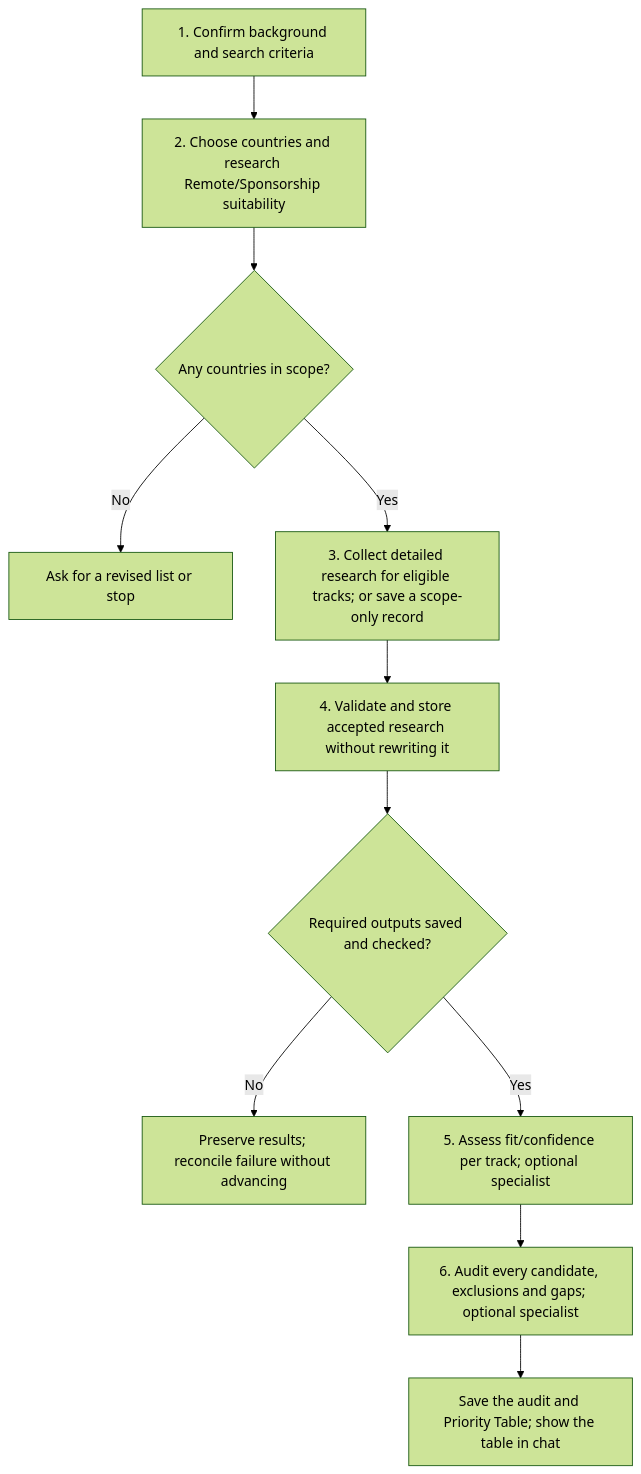
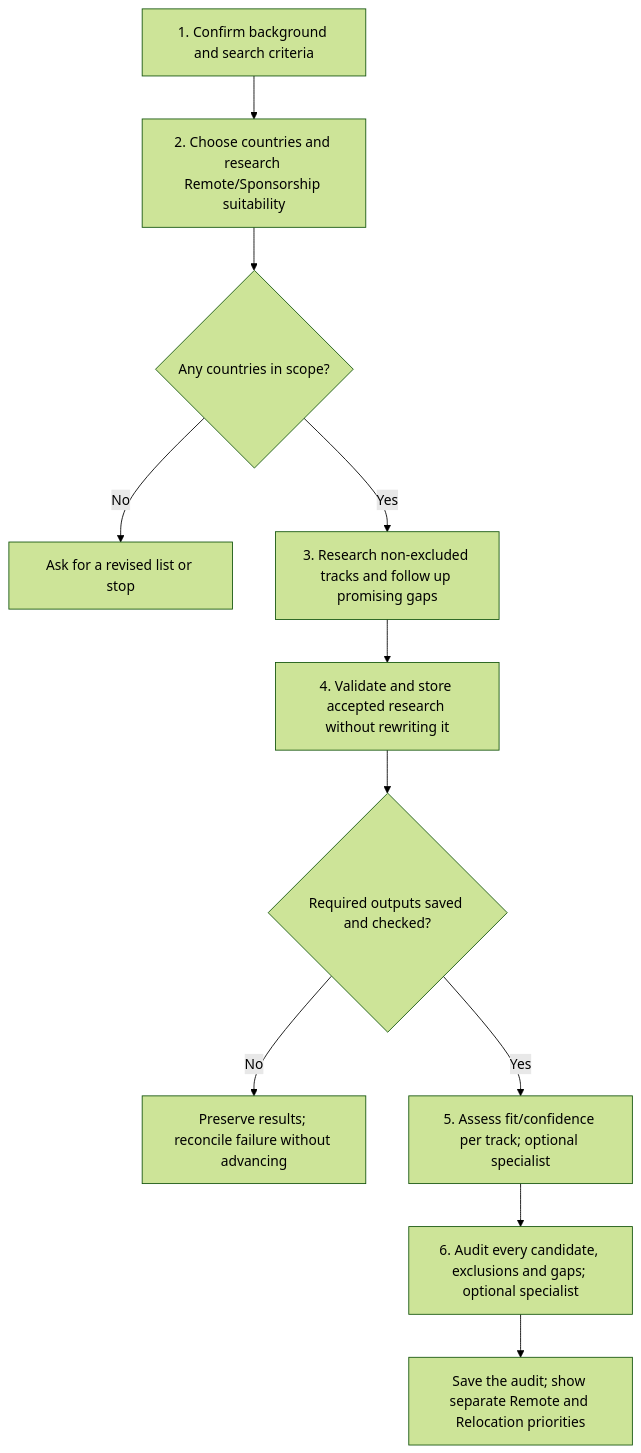
Before and after one commit to myowinthein/agent-compass: the second of 2 diagrams in docs/commands/country-finder/detailed.md, drawn with Mermaid (forest theme). The commit also changed other lines of this file and 32 other files, not shown here.

````diff
--- a/docs/commands/country-finder/detailed.md
+++ b/docs/commands/country-finder/detailed.md
@@ -41,13 +42,13 @@
 ```mermaid
 flowchart TD
   Criteria["1. Confirm background and search criteria"] --> Scope["2. Choose countries and research Remote/Sponsorship suitability"]
   Scope --> Empty{"Any countries in scope?"}
   Empty -->|No| Ask["Ask for a revised list or stop"]
-  Empty -->|Yes| Research["3. Collect detailed research for eligible tracks; or save a scope-only record"]
+  Empty -->|Yes| Research["3. Research non-excluded tracks and follow up promising gaps"]
   Research --> Data["4. Validate and store accepted research without rewriting it"]
   Data --> Saved{"Required outputs saved and checked?"}
   Saved -->|No| Hold["Preserve results; reconcile failure without advancing"]
   Saved -->|Yes| Assess["5. Assess fit/confidence per track; optional specialist"]
   Assess --> Audit["6. Audit every candidate, exclusions and gaps; optional specialist"]
-  Audit --> Final["Save the audit and Priority Table; show the table in chat"]
+  Audit --> Final["Save the audit; show separate Remote and Relocation priorities"]
 ```
````
